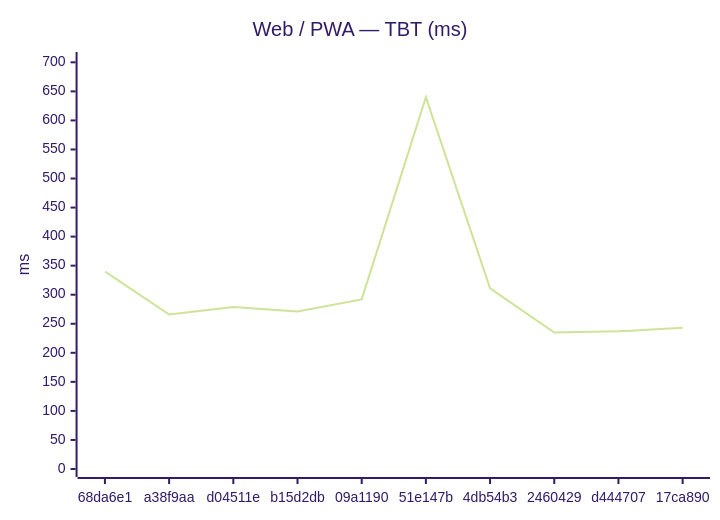
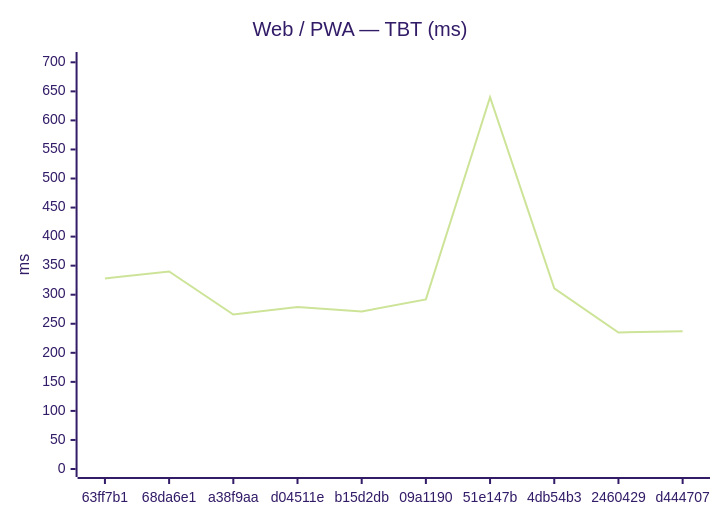
One commit to Metaheurist/Rianell changed the second of 18 diagrams in benchmarks/compare.md. Above: the diagram before and after it, drawn with Mermaid (forest theme). The commit also changed other lines of this file and 11 other files, not shown here.

````diff
--- a/benchmarks/compare.md
+++ b/benchmarks/compare.md
@@ -31,7 +31,7 @@
 ```mermaid
 xychart-beta
     title "Web / PWA — TBT (ms)"
-    x-axis ["68da6e1", "a38f9aa", "d04511e", "b15d2db", "09a1190", "51e147b", "4db54b3", "2460429", "d444707", "17ca890"]
+    x-axis ["63ff7b1", "68da6e1", "a38f9aa", "d04511e", "b15d2db", "09a1190", "51e147b", "4db54b3", "2460429", "d444707"]
     y-axis "ms" 0 --> 704
-    line [340, 266, 279, 271, 292, 640, 311, 235, 237, 243]
+    line [328, 340, 266, 279, 271, 292, 640, 311, 235, 237]
 ```
````
